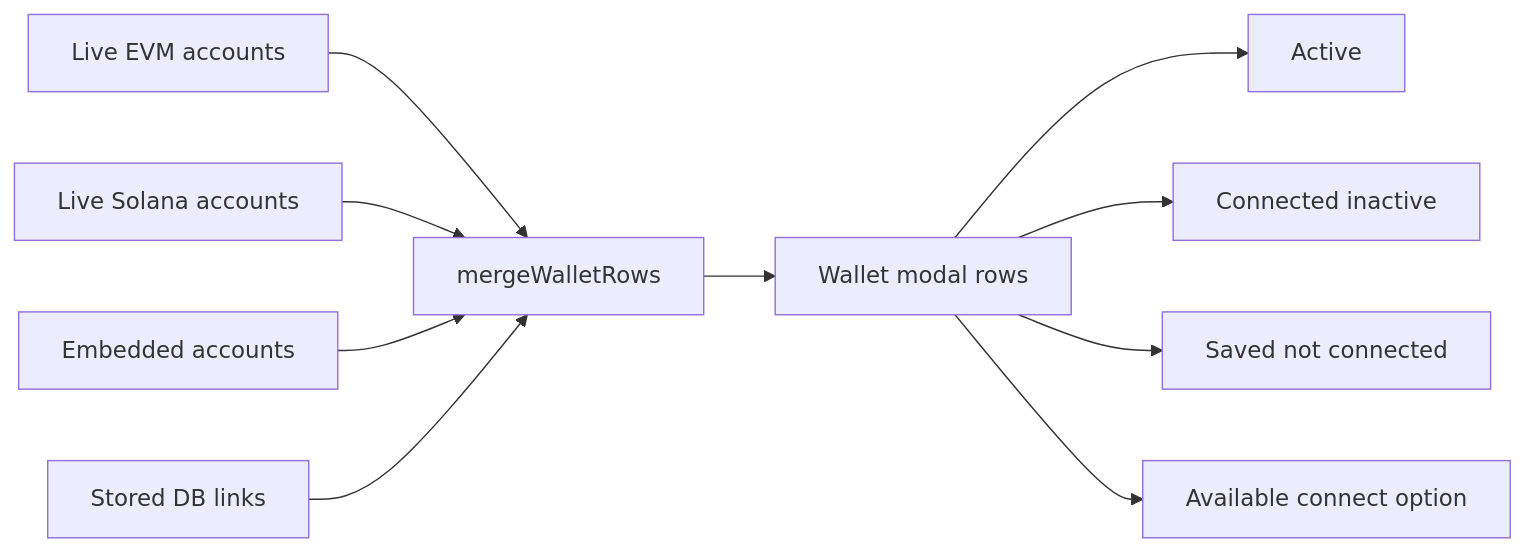
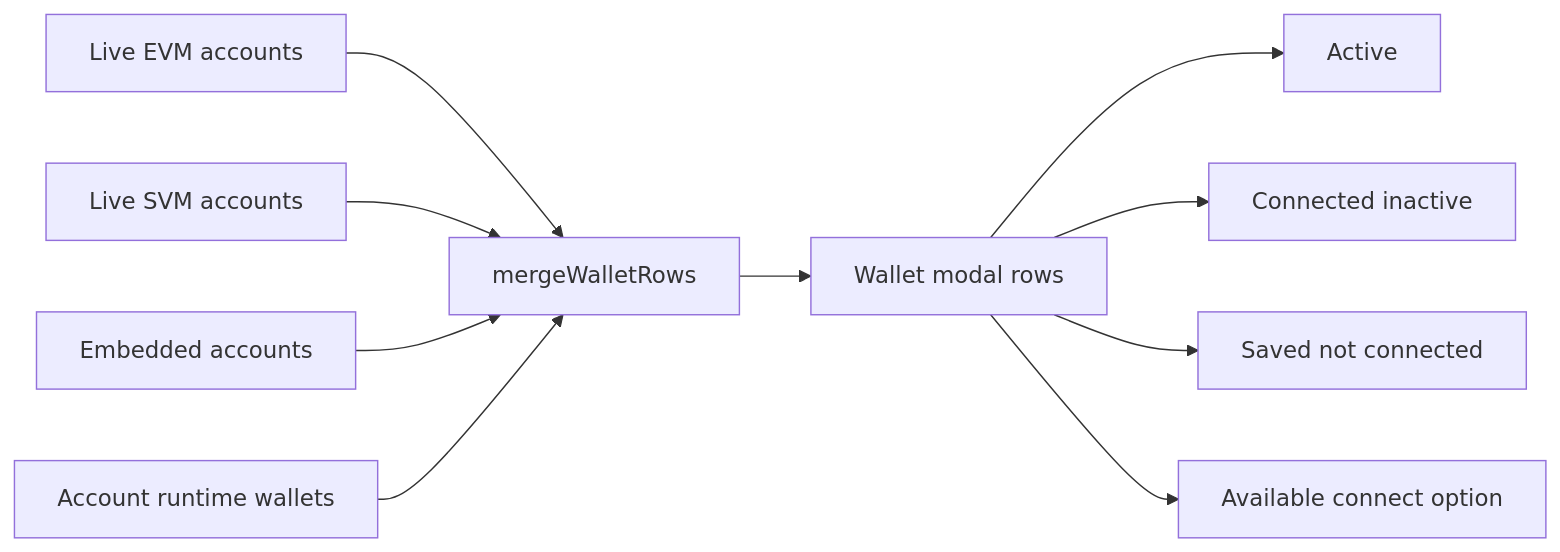
The third of 3 diagrams in specs/WALLET-PROVIDER-PLUGIN-REFACTOR.md (aomi-labs/aomi-widget), drawn with Mermaid before and after one commit. The commit also changed other lines of this file and 6 other files, not shown here.

Commit message:
Refactor landing theme and assistant UI flows

````diff
--- a/specs/WALLET-PROVIDER-PLUGIN-REFACTOR.md
+++ b/specs/WALLET-PROVIDER-PLUGIN-REFACTOR.md
@@ -447,13 +548,13 @@
 ```mermaid
 flowchart LR
   LiveEvm["Live EVM accounts"] --> Merge["mergeWalletRows"]
-  LiveSol["Live Solana accounts"] --> Merge
+  LiveSvm["Live SVM accounts"] --> Merge
   Embedded["Embedded accounts"] --> Merge
-  Stored["Stored DB links"] --> Merge
+  Stored["Account runtime wallets"] --> Merge
   Merge --> Rows["Wallet modal rows"]
 
   Rows --> Active["Active"]
   Rows --> Connected["Connected inactive"]
   Rows --> Saved["Saved not connected"]
   Rows --> Available["Available connect option"]
 ```
````
